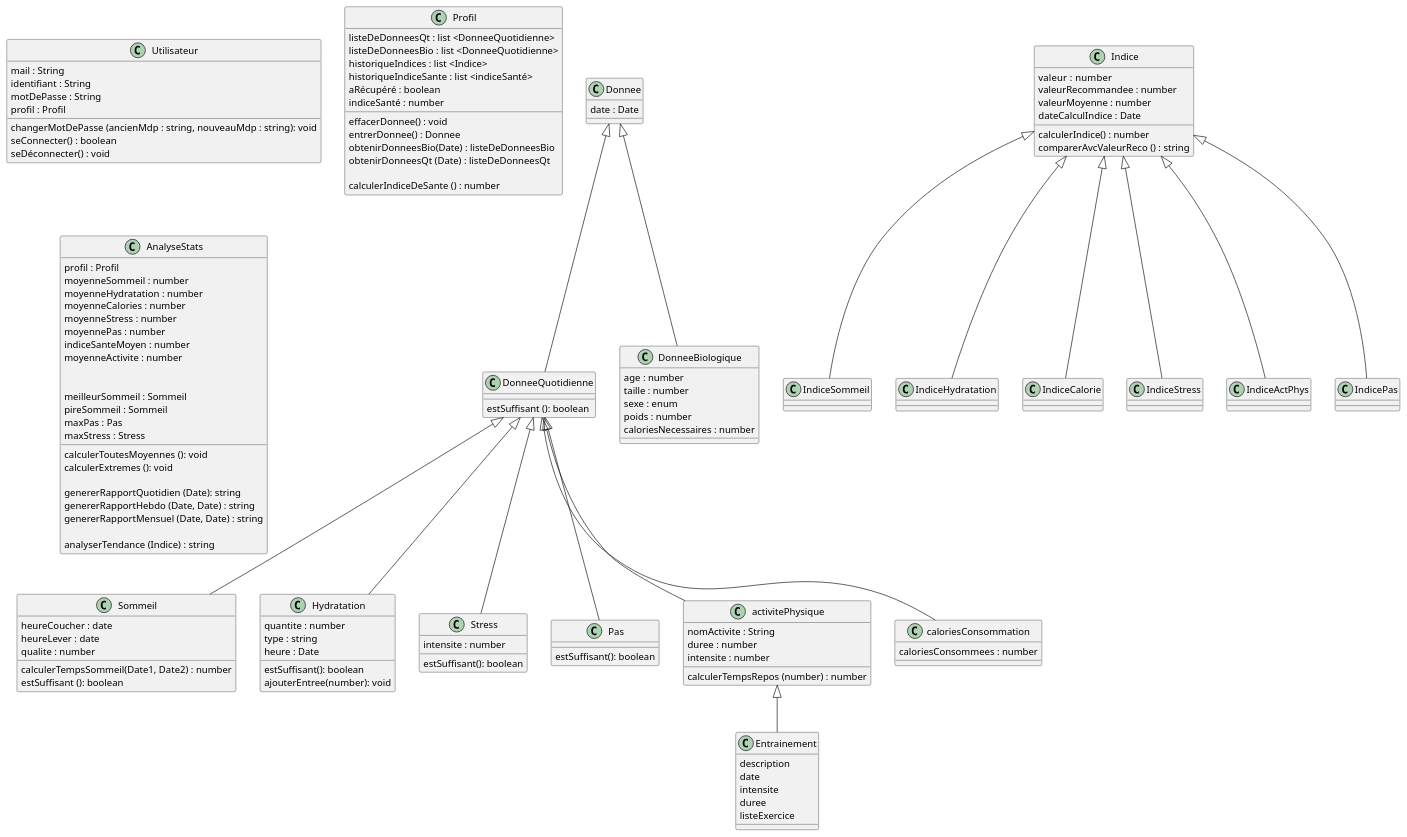
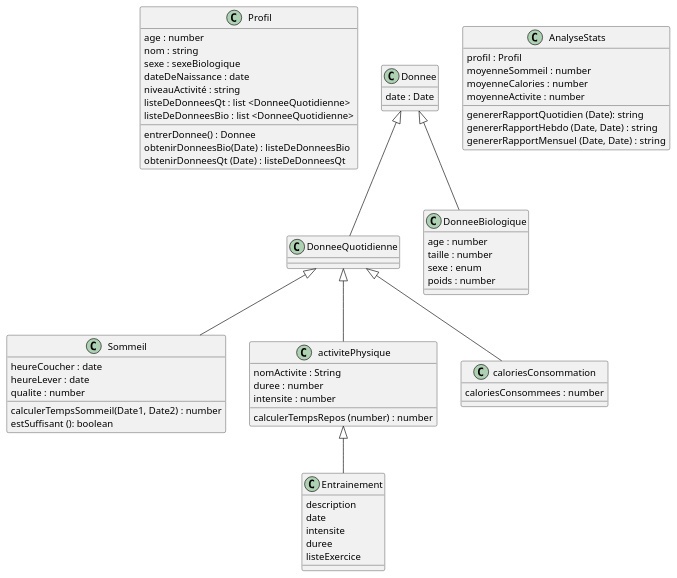
The diagram in UML/DiagrammeUML/src/Salus.puml (elea-vk/Salus), drawn with PlantUML before and after one commit.

Commit message:
uml actualise

```diff
--- a/UML/DiagrammeUML/src/Salus.puml
+++ b/UML/DiagrammeUML/src/Salus.puml
@@ -1,180 +1,98 @@
 @startuml
 'https://plantuml.com/sequence-diagram
 
 
-class Utilisateur {
-mail : String
-identifiant : String
-motDePasse : String
-profil : Profil
-changerMotDePasse (ancienMdp : string, nouveauMdp : string): void
-seConnecter() : boolean
-seDéconnecter() : void
-}
-
 class Profil {
+age : number
+nom : string
+sexe : sexeBiologique
+dateDeNaissance : date
+niveauActivité : string
 listeDeDonneesQt : list <DonneeQuotidienne>
 listeDeDonneesBio : list <DonneeQuotidienne>
-historiqueIndices : list <Indice>
-historiqueIndiceSante : list <indiceSanté>
-aRécupéré : boolean
-indiceSanté : number
 
-effacerDonnee() : void
+
 entrerDonnee() : Donnee
 obtenirDonneesBio(Date) : listeDeDonneesBio
 obtenirDonneesQt (Date) : listeDeDonneesQt
 
-calculerIndiceDeSante () : number
+
 
 }
 
 class Donnee{
 date : Date
 
 }
-class  DonneeQuotidienne {
 
-estSuffisant (): boolean
-}
 class Sommeil {
 heureCoucher : date
 heureLever : date
 qualite : number
 
 calculerTempsSommeil(Date1, Date2) : number
 estSuffisant (): boolean
 }
 DonneeQuotidienne <|-- Sommeil
-
-class Hydratation {
-quantite : number
-type : string
-heure : Date
-
-estSuffisant(): boolean
-ajouterEntree(number): void
-}
-DonneeQuotidienne <|-- Hydratation
-
-class Stress {
-intensite : number
-estSuffisant(): boolean
-}
-DonneeQuotidienne <|--Stress
-
-class Pas {
-estSuffisant(): boolean
-}
-DonneeQuotidienne <|--Pas
-
 
 class activitePhysique {
 nomActivite : String
 duree : number
 intensite : number
 
 calculerTempsRepos (number) : number
 
 }
 DonneeQuotidienne <|--activitePhysique
 
 class caloriesConsommation {
 caloriesConsommees : number
 }
 DonneeQuotidienne <|-- caloriesConsommation
 
 
 class DonneeBiologique{
 age : number
 taille : number
 sexe : enum
 poids : number
-caloriesNecessaires : number
 }
 
 Donnee <|-- DonneeBiologique
 Donnee <|-- DonneeQuotidienne
 
 
-class Indice{
-valeur :  number
-valeurRecommandee : number
-valeurMoyenne : number
-dateCalculIndice : Date
 
-calculerIndice() : number
-comparerAvcValeurReco () : string
-}
-
-class IndiceSommeil {
-
-
-}
-class IndiceHydratation {
-
-}
-class IndiceCalorie {
-
-}
-class IndiceStress {
-}
-class IndiceActPhys {
-
-}
-class IndicePas
-
-
-Indice<|-- IndiceSommeil
-Indice<|-- IndiceHydratation
-Indice<|-- IndiceCalorie
-Indice<|-- IndiceStress
-Indice<|-- IndiceActPhys
-Indice<|-- IndicePas
 
 class Entrainement{
 description
 date
 intensite
 duree
 listeExercice
 }
 activitePhysique <|--Entrainement
 
 
 class AnalyseStats {
 profil : Profil
 moyenneSommeil : number
-moyenneHydratation : number
 moyenneCalories : number
-moyenneStress : number
-moyennePas : number
-indiceSanteMoyen : number
 moyenneActivite : number
-
-
-meilleurSommeil : Sommeil
-pireSommeil : Sommeil
-maxPas : Pas
-maxStress : Stress
-
-calculerToutesMoyennes (): void
-calculerExtremes (): void
 
 genererRapportQuotidien (Date): string
 genererRapportHebdo (Date, Date) : string
 genererRapportMensuel (Date, Date) : string
 
-analyserTendance (Indice) : string
 }
 
 
 
 
 
 
 
 
 
 
 @enduml
```
